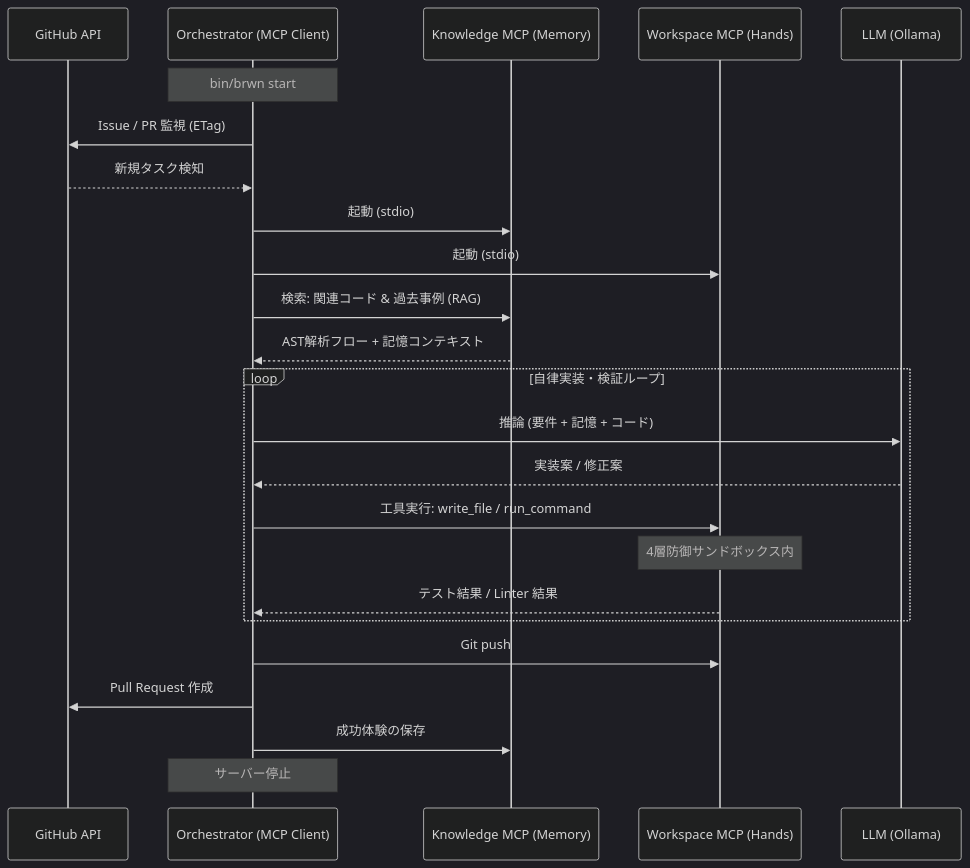
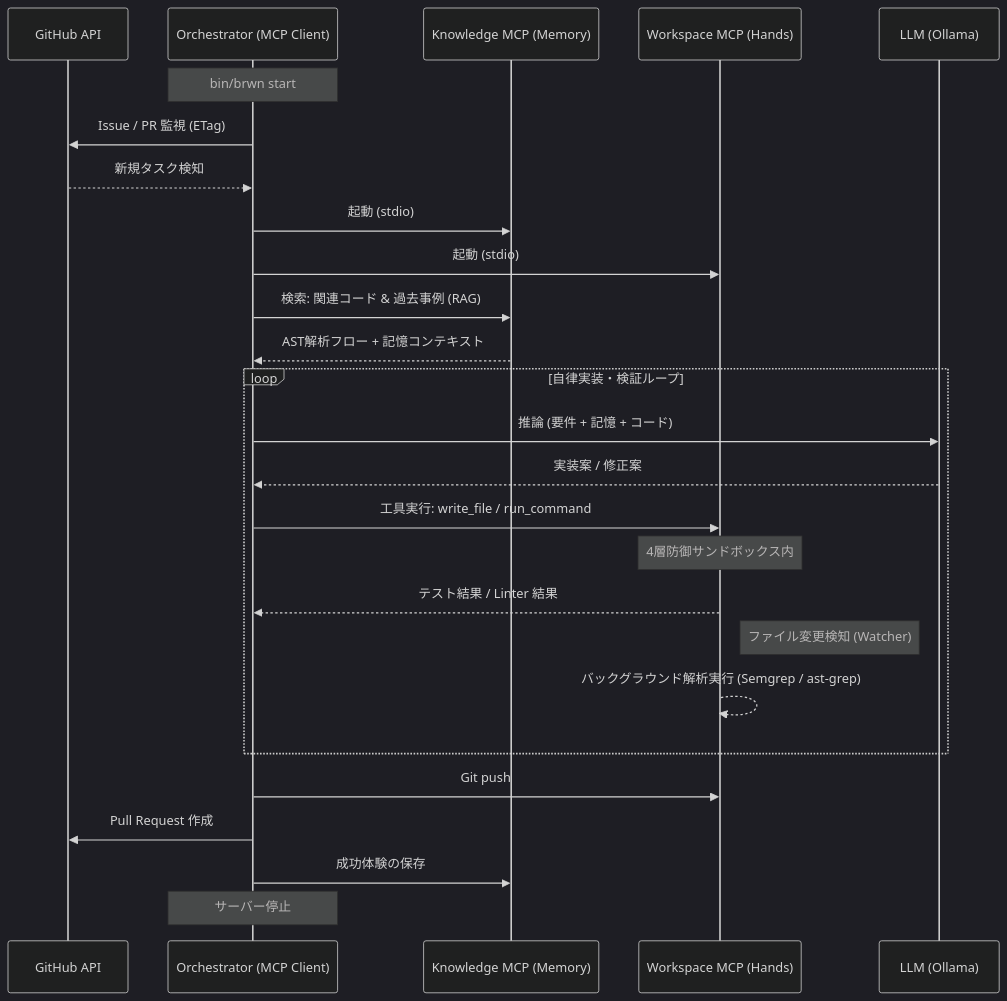
The diagram in docs/Home.md (globalpocket/brownie), drawn with Mermaid (dark theme) before and after one commit. The commit also changed 10 other files, not shown here.

Commit message:
feat: add ast-grep integration to linter and implement task recovery for orphaned processes

````diff
--- a/docs/Home.md
+++ b/docs/Home.md
@@ -35,32 +35,35 @@
 ```mermaid
 sequenceDiagram
     participant GH as GitHub API
     participant ORC as Orchestrator (MCP Client)
     participant KNO as Knowledge MCP (Memory)
     participant WS as Workspace MCP (Hands)
     participant LLM as LLM (Ollama)
 
     Note over ORC: bin/brwn start
     ORC->>GH: Issue / PR 監視 (ETag)
     GH-->>ORC: 新規タスク検知
     
     ORC->>KNO: 起動 (stdio)
     ORC->>WS: 起動 (stdio)
     
     ORC->>KNO: 検索: 関連コード & 過去事例 (RAG)
     KNO-->>ORC: AST解析フロー + 記憶コンテキスト
     
     loop 自律実装・検証ループ
         ORC->>LLM: 推論 (要件 + 記憶 + コード)
         LLM-->>ORC: 実装案 / 修正案
         
         ORC->>WS: 工具実行: write_file / run_command
         Note over WS: 4層防御サンドボックス内
         WS-->>ORC: テスト結果 / Linter 結果
+        
+        Note right of WS: ファイル変更検知 (Watcher)
+        WS-->>WS: バックグラウンド解析実行 (Semgrep / ast-grep)
     end
 
     ORC->>WS: Git push
     ORC->>GH: Pull Request 作成
     ORC->>KNO: 成功体験の保存
     Note over ORC: サーバー停止
 ```
````
